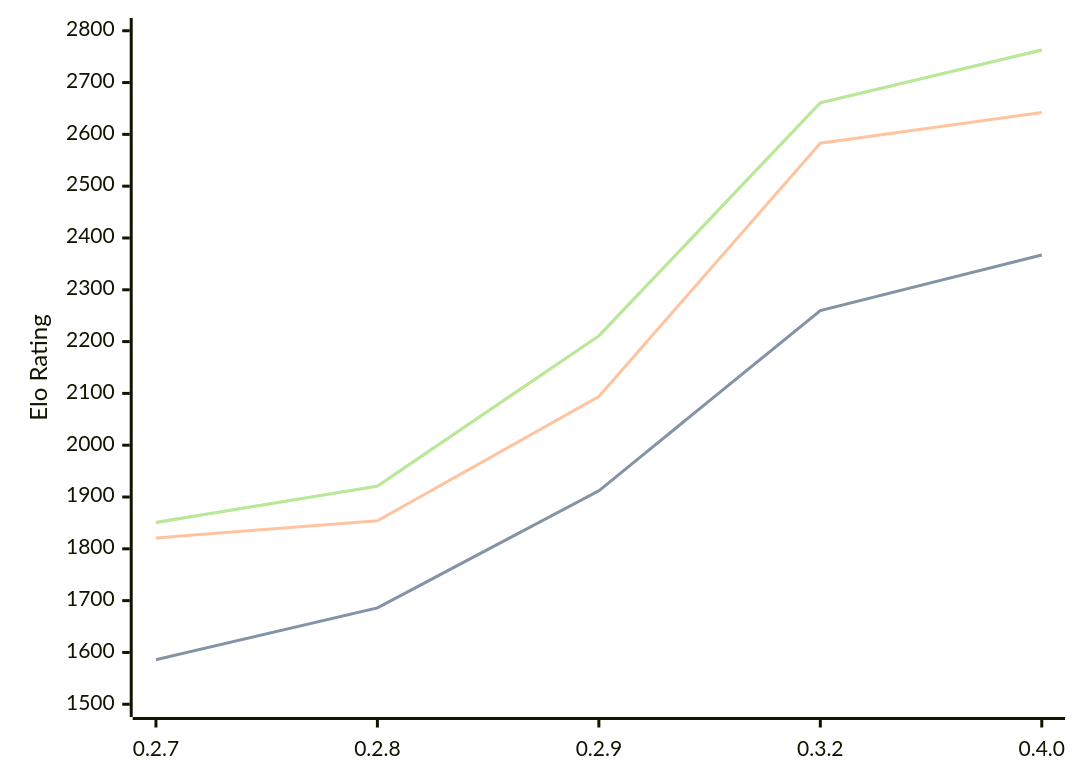
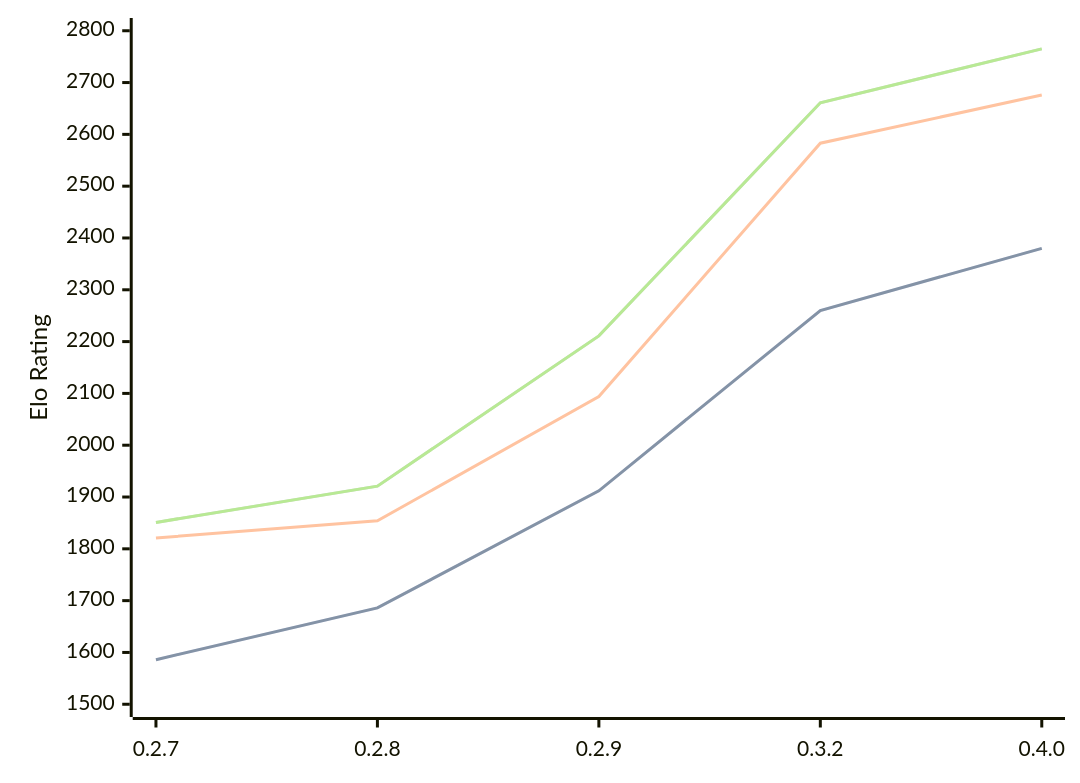
Before and after one commit to computer-chess-index/cci: the diagram in engines/Dual.md, drawn with Mermaid. The commit also changed other lines of this file, not shown here.

Commit message:
Update CCI Ratings (ELO VLTC) - 2026-07-22

````diff
--- a/engines/Dual.md
+++ b/engines/Dual.md
@@ -45,11 +45,11 @@
 ```mermaid
 %%{init: {"theme":"base","themeVariables":{"seriesColors:['#a3a3a3','#222221','#faa371']}}}%%
 xychart-beta
   x-axis ["0.2.7", "0.2.8", "0.2.9", "0.3.2", "0.4.0"]
   y-axis "Elo Rating" 1500 --> 2800
-  line "STC (8.0+0.08s)" [1586, 1686, 1912, 2260, 2367]
-  line "STC (8.0+0.08s)" [1586, 1686, 1912, 2260, 2367]
-  line "LTC (60.0+0.60s)" [1821, 1854, 2094, 2583, 2642]
-  line "VLTC (2m24s+1.12s)" [1851, 1921, 2211, 2661, 2763]
-  line "VLTC (2m24s+1.12s)" [1851, 1921, 2211, 2661, 2763]
+  line "STC (8.0+0.08s)" [1586, 1686, 1912, 2260, 2380]
+  line "STC (8.0+0.08s)" [1586, 1686, 1912, 2260, 2380]
+  line "LTC (60.0+0.60s)" [1821, 1854, 2094, 2583, 2676]
+  line "VLTC (2m24s+1.12s)" [1851, 1921, 2211, 2661, 2765]
+  line "VLTC (2m24s+1.12s)" [1851, 1921, 2211, 2661, 2765]
 ```
````
